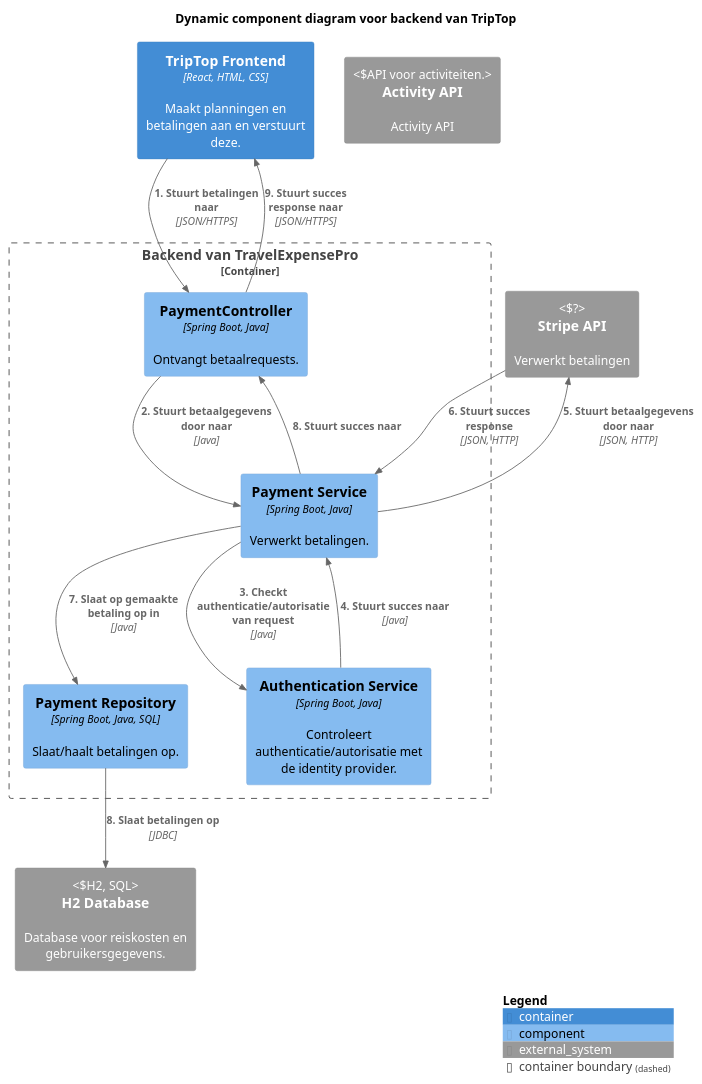
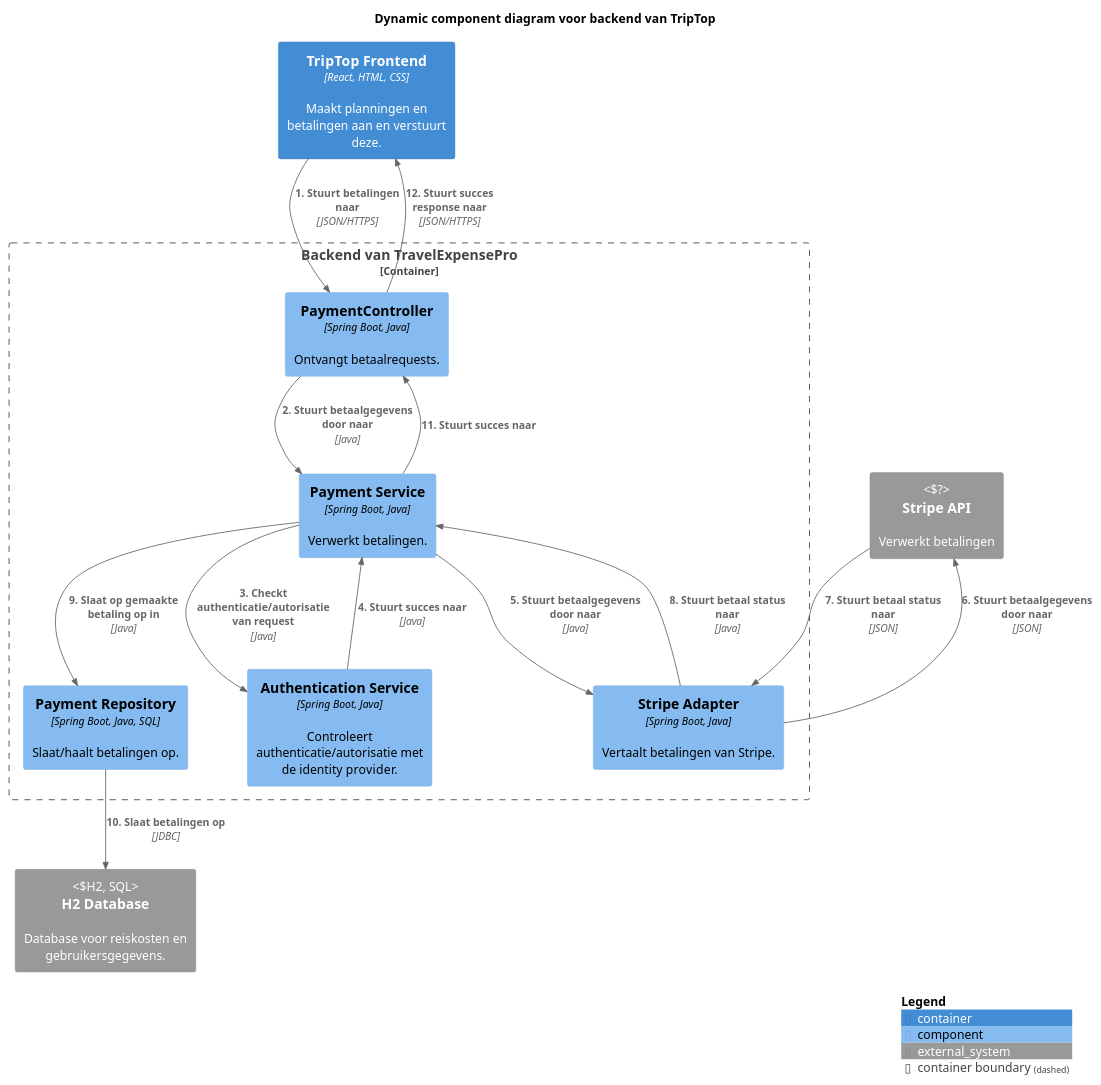
The diagram in gemaakte-werk-daniel/week-2/les-3/les/dynamic-component-diagram.puml (AIM-ENE-feb25/triptop-groep-b6), drawn with PlantUML before and after one commit.

Commit message:
fix met presentatie w2 feedback

```diff
--- a/gemaakte-werk-daniel/week-2/les-3/les/dynamic-component-diagram.puml
+++ b/gemaakte-werk-daniel/week-2/les-3/les/dynamic-component-diagram.puml
@@ -1,36 +1,38 @@
 @startuml
 !include https://raw.githubusercontent.com/plantuml-stdlib/C4-PlantUML/master/C4_Component.puml
 ' uncomment the following line and comment the first to use locally
 ' !include C4_Component.puml
 
 LAYOUT_WITH_LEGEND()
 
 title Dynamic component diagram voor backend van TripTop
 
 Container(frontend, "TripTop Frontend", "React, HTML, CSS", "Maakt planningen en betalingen aan en verstuurt deze.")
 
 Container_Boundary(api, "Backend van TravelExpensePro") {
     Component(paymentcontroller, "PaymentController", "Spring Boot, Java", "Ontvangt betaalrequests.")
     Component(paymentrepo, "Payment Repository", "Spring Boot, Java, SQL", "Slaat/haalt betalingen op.")
     Component(paymentsservice, "Payment Service", "Spring Boot, Java", "Verwerkt betalingen.")
     Component(authservice, "Authentication Service", "Spring Boot, Java", "Controleert authenticatie/autorisatie met de identity provider.")
+    Component(stripeadapter, "Stripe Adapter", "Spring Boot, Java", "Vertaalt betalingen van Stripe.")
 
     Rel(frontend, paymentcontroller, "1. Stuurt betalingen naar", "JSON/HTTPS")
     Rel(paymentsservice, authservice, "3. Checkt authenticatie/autorisatie van request", "Java")
     Rel(authservice, paymentsservice, "4. Stuurt succes naar", "Java")
     Rel(paymentcontroller, paymentsservice, "2. Stuurt betaalgegevens door naar", "Java")
-    Rel(paymentsservice, paymentrepo, "7. Slaat op gemaakte betaling op in", "Java")
+    Rel(paymentsservice, paymentrepo, "9. Slaat op gemaakte betaling op in", "Java")
 
-    Rel(paymentsservice, paymentcontroller, "8. Stuurt succes naar")
-    Rel(paymentcontroller, frontend, "9. Stuurt succes response naar", "JSON/HTTPS")
+    Rel(paymentsservice, paymentcontroller, "11. Stuurt succes naar")
+    Rel(paymentcontroller, frontend, "12. Stuurt succes response naar", "JSON/HTTPS")
 }
 System_Ext(h2, "H2 Database", "Database voor reiskosten en gebruikersgegevens.", "H2, SQL")
-System_Ext(activityapi, Activity API, "Activity API", "API voor activiteiten.", "REST")
 System_Ext(stripe, "Stripe API", "Verwerkt betalingen", "?")
 
-Rel(paymentrepo, h2, "8. Slaat betalingen op", "JDBC")
-Rel(paymentsservice, stripe, "5. Stuurt betaalgegevens door naar", "JSON, HTTP")
-Rel(stripe, paymentsservice, "6. Stuurt succes response", "JSON, HTTP")
+Rel(paymentrepo, h2, "10. Slaat betalingen op", "JDBC")
+Rel(paymentsservice, stripeadapter, "5. Stuurt betaalgegevens door naar", "Java")
+Rel(stripeadapter, stripe, "6. Stuurt betaalgegevens door naar", "JSON")
 
+Rel(stripeadapter, paymentsservice, "8. Stuurt betaal status naar", "Java")
+Rel(stripe, stripeadapter, "7. Stuurt betaal status naar", "JSON")
 SHOW_LEGEND()
 @enduml
```
